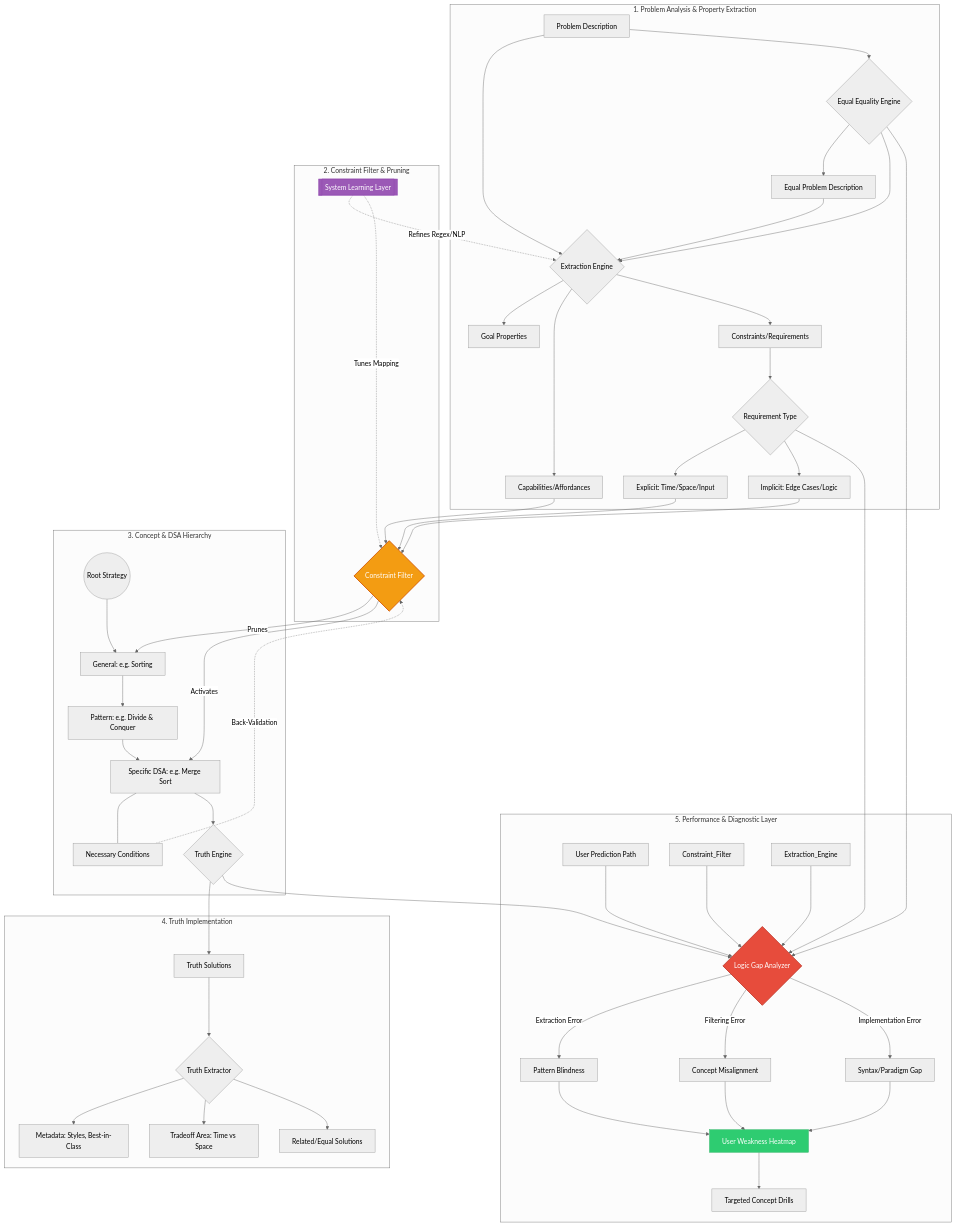
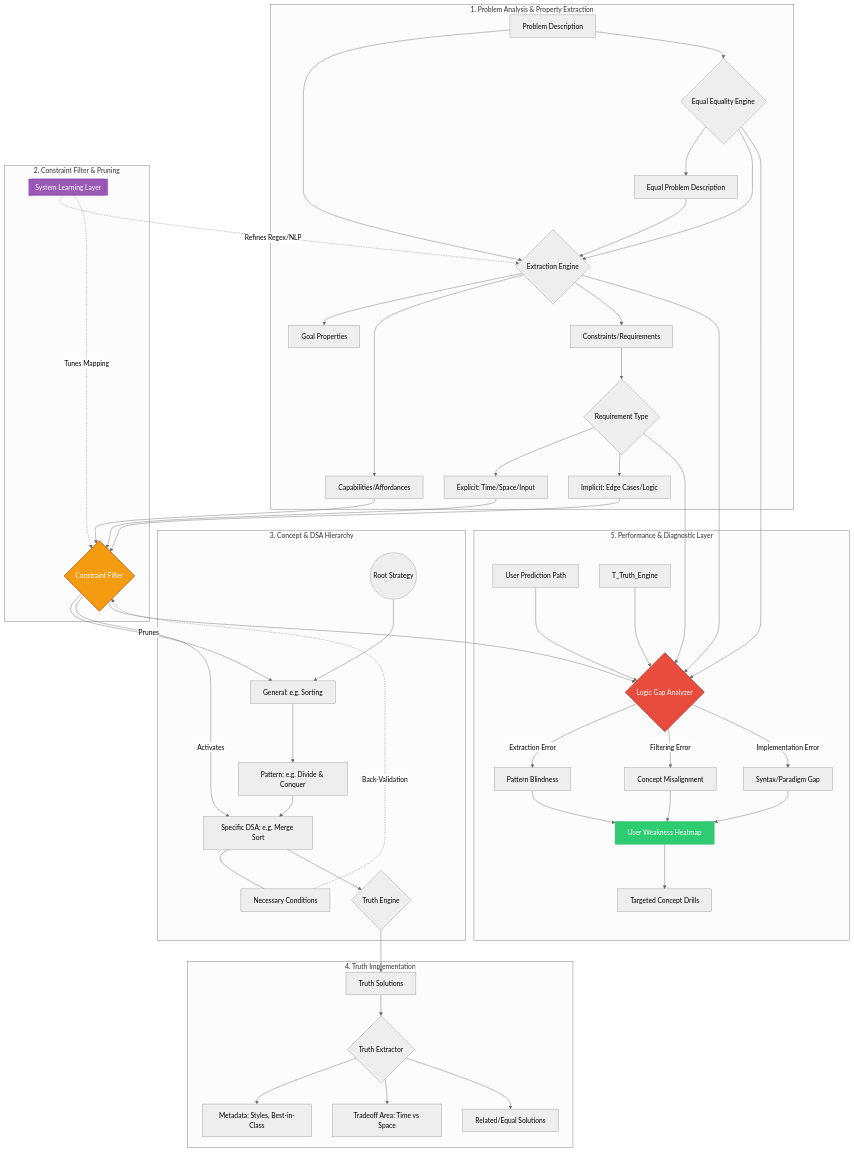
Before and after one commit to tbrumbaugh5396/another_code_trainer: the diagram in README.md, drawn with Mermaid (neutral theme). The commit also changed 1 other file, not shown here.

````diff
--- a/README.md
+++ b/README.md
@@ -1,81 +1,81 @@
 ```mermaid
 graph TD
     %% --- LAYER 1: DATA INGESTION & FEATURE EXTRACTION ---
     subgraph Ingestion_Layer [1. Problem Analysis & Property Extraction]
         P_Raw[Problem Description]         --> P_Analytic{Extraction Engine}
         P_Raw                              --> Equality_Engine{Equal Equality Engine}
         
         Equality_Engine                    --> P_Raw_Equal[Equal Problem Description]
         
 
         P_Analytic                         --> P_Goal[Goal Properties]
         P_Analytic                         --> P_Cap[Capabilities/Affordances]
         P_Analytic                         --> P_Con[Constraints/Requirements]
         
         P_Con                              --> Req_Type{Requirement Type}
         Req_Type                           --> Req_Exp[Explicit: Time/Space/Input]
         Req_Type                           --> Req_Imp[Implicit: Edge Cases/Logic]
 
         Equality_Engine                    --> P_Analytic
         P_Raw_Equal                        --> P_Analytic
     end
 
     %% --- LAYER 2: THE INTERMEDIATE LOGIC GATE ---
     subgraph Logic_Gate [2. Constraint Filter & Pruning]
         P_Cap & Req_Exp & Req_Imp          --> CF_Gate{Constraint Filter}
         
         %% Component Learning (System)
         Sys_Learn[[System Learning Layer]] -.->|Refines Regex/NLP| P_Analytic
         Sys_Learn                          -.->|Tunes Mapping| CF_Gate
     end
 
     %% --- LAYER 3: CONCEPTUAL TAXONOMY (The Tree) ---
     subgraph Concept_Hierarchy [3. Concept & DSA Hierarchy]
         C_Root((Root Strategy))            --> C_General[General: e.g. Sorting]
         C_General                          --> C_Pattern[Pattern: e.g. Divide & Conquer]
         C_Pattern                          --> C_DSA[Specific DSA: e.g. Merge Sort]
         
         CF_Gate                            -->|Prunes| C_General
         CF_Gate                            -->|Activates| C_DSA
         
         C_DSA                              --- C_Nec[Necessary Conditions]
         C_Nec                              -.->|Back-Validation| CF_Gate
 
         C_DSA                              --> Truth_Engine{Truth Engine}
     end
 
     %% --- LAYER 4: SOLUTION OUTCOMES ---
     subgraph Solution_Outcomes [4. Truth Implementation]
         Truth_Engine                       --> T_Sol[Truth Solutions]
 
         T_Sol                              --> T_Truth_Extractor{Truth Extractor}
         T_Truth_Extractor                  --> S_Meta[Metadata: Styles, Best-in-Class]
         T_Truth_Extractor                  --> S_Trade[Tradeoff Area: Time vs Space]
         T_Truth_Extractor                  --> S_Rel[Related/Equal Solutions]
 
 
     end
 
     %% --- LAYER 5: THE USER LEARNING LAYER (The Performance Tracker) ---
     subgraph User_Learning [5. Performance & Diagnostic Layer]
         User_Input[User Prediction Path]   --> Compare{Logic Gap Analyzer}
-        Truth_Engine                       --> Compare
-        Constraint_Filter                  --> Compare
+        T_Truth_Engine                     --> Compare
+        CF_Gate                            --> Compare
         Equality_Engine                    --> Compare
-        Extraction_Engine                  --> Compare
+        P_Analytic                         --> Compare
         Req_Type                           --> Compare
         
         Compare                            -->|Extraction Error| D_Pattern[Pattern Blindness]
         Compare                            -->|Filtering Error| D_Logic[Concept Misalignment]
         Compare                            -->|Implementation Error| D_Skill[Syntax/Paradigm Gap]
         
         D_Pattern & D_Logic & D_Skill      --> Heatmap[User Weakness Heatmap]
         Heatmap                            --> Recommendation[Targeted Concept Drills]
     end
 
     %% Styling
     style CF_Gate fill:#f39c12,stroke:#d35400,stroke-width:2px,color:#fff
     style Sys_Learn fill:#9b59b6,stroke:#8e44ad,color:#fff
     style Compare fill:#e74c3c,stroke:#c0392b,stroke-width:2px,color:#fff
     style Heatmap fill:#2ecc71,stroke:#27ae60,color:#fff
 ```
````
